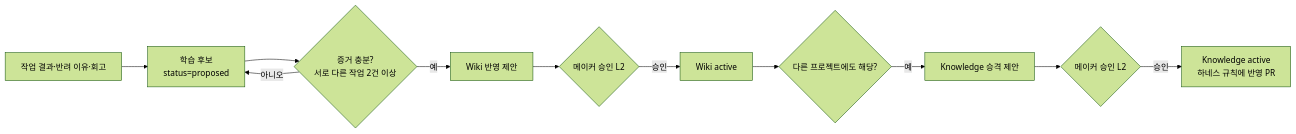
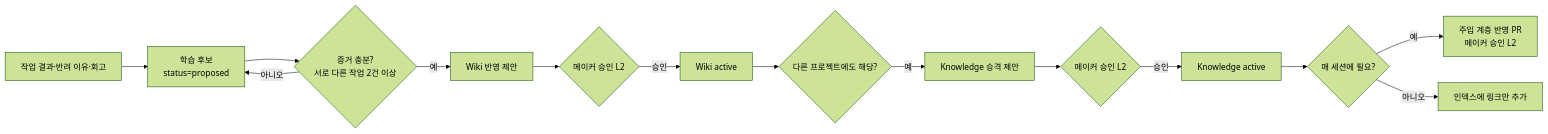
One commit to ysjee141/flywheel changed the tenth of 14 diagrams in plan-draft.md. Above: the diagram before and after it, drawn with Mermaid (forest theme). The commit also changed other lines of this file and 1 other file, not shown here.

````diff
--- a/plan-draft.md
+++ b/plan-draft.md
@@ -544,13 +571,16 @@
 ```mermaid
 flowchart LR
   A[작업 결과·반려 이유·회고] --> B[학습 후보<br/>status=proposed]
   B --> C{증거 충분?<br/>서로 다른 작업 2건 이상}
   C -->|아니오| B
   C -->|예| D[Wiki 반영 제안]
   D --> E{메이커 승인 L2}
   E -->|승인| F[Wiki active]
   F --> G{다른 프로젝트에도 해당?}
   G -->|예| H[Knowledge 승격 제안]
   H --> I{메이커 승인 L2}
-  I -->|승인| J[Knowledge active<br/>하네스 규칙에 반영 PR]
+  I -->|승인| J[Knowledge active]
+  J --> K{매 세션에 필요?}
+  K -->|예| L[주입 계층 반영 PR<br/>메이커 승인 L2]
+  K -->|아니오| M[인덱스에 링크만 추가]
 ```
````
